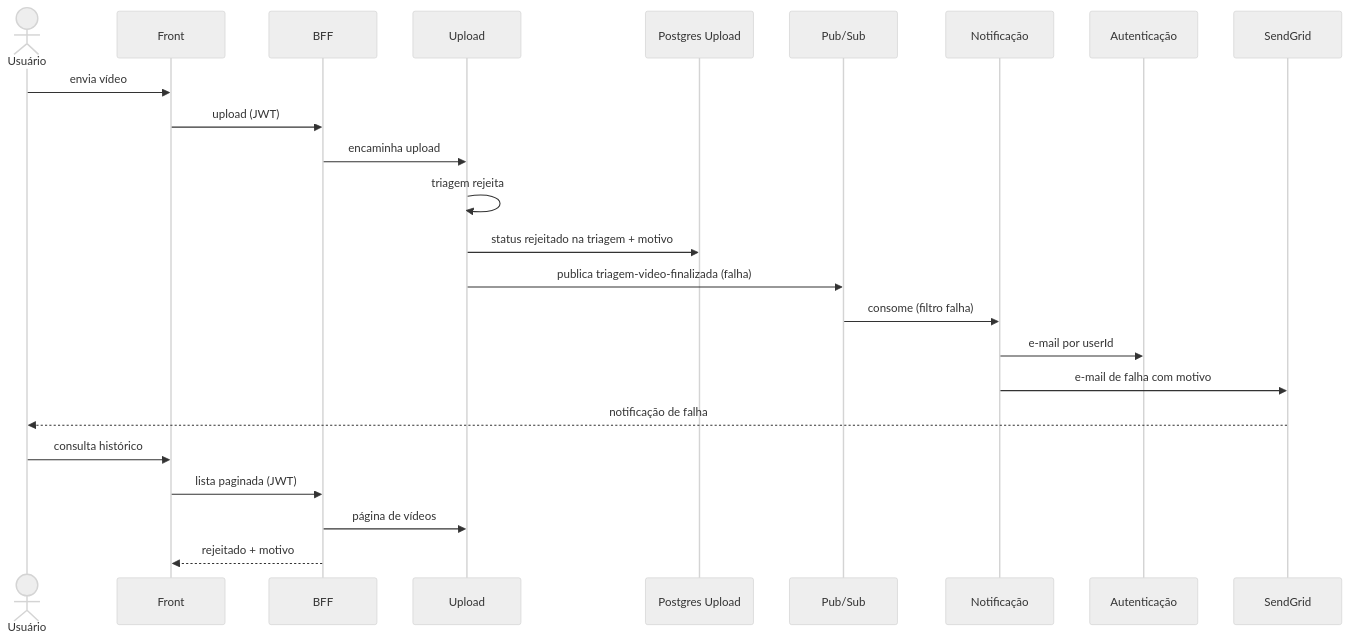
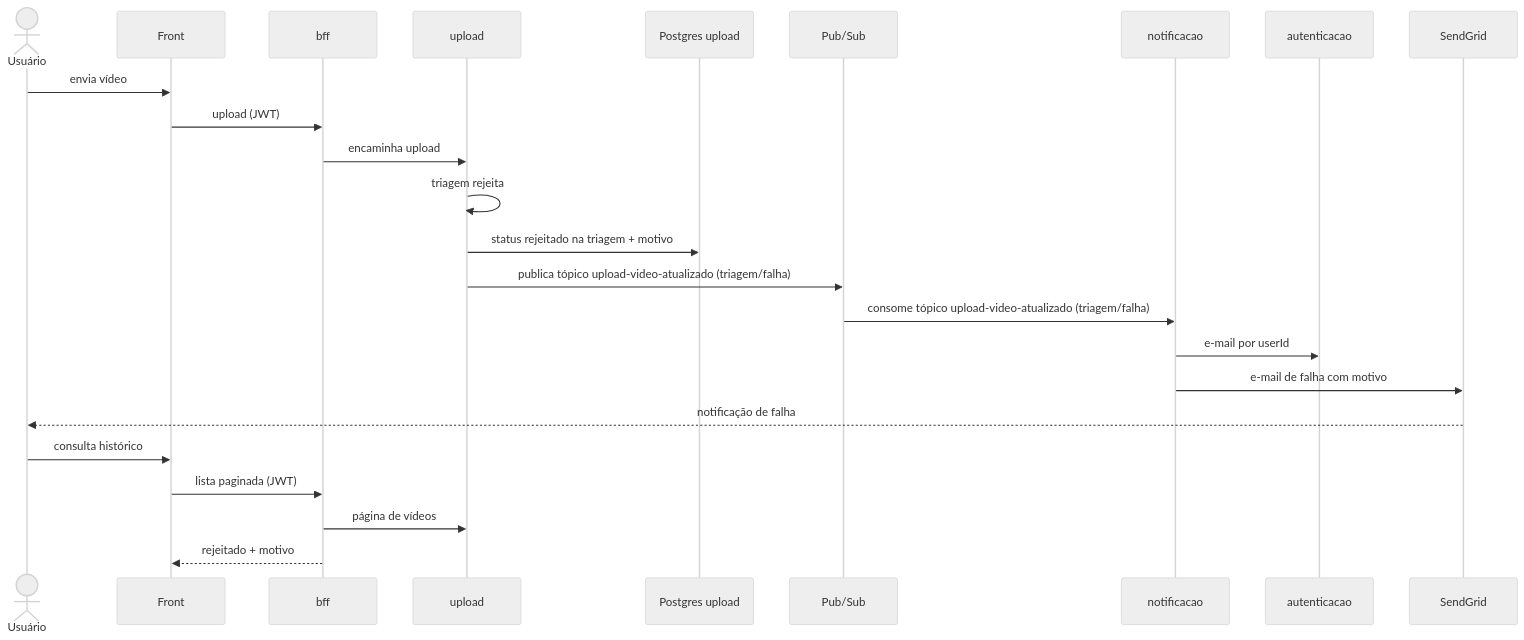
The diagram in fluxo-e-estados/03_rejeicao-na-triagem.md (fiap-x-vcosta/docs), drawn with Mermaid (neutral theme) before and after one commit. The commit also changed 41 other files, not shown here.

````diff
--- a/fluxo-e-estados/03_rejeicao-na-triagem.md
+++ b/fluxo-e-estados/03_rejeicao-na-triagem.md
@@ -1,27 +1,27 @@
 ```mermaid
 sequenceDiagram
   actor U as Usuário
   participant Web as Front
-  participant BFF as BFF
-  participant Up as Upload
-  participant PGU as Postgres Upload
+  participant Bff as bff
+  participant Up as upload
+  participant PGU as Postgres upload
   participant Bus as Pub/Sub
-  participant Notif as Notificação
-  participant Auth as Autenticação
+  participant Notif as notificacao
+  participant Auth as autenticacao
   participant SG as SendGrid
 
   U->>Web: envia vídeo
-  Web->>BFF: upload (JWT)
-  BFF->>Up: encaminha upload
+  Web->>Bff: upload (JWT)
+  Bff->>Up: encaminha upload
   Up->>Up: triagem rejeita
   Up->>PGU: status rejeitado na triagem + motivo
-  Up->>Bus: publica triagem-video-finalizada (falha)
-  Bus->>Notif: consome (filtro falha)
+  Up->>Bus: publica tópico upload-video-atualizado (triagem/falha)
+  Bus->>Notif: consome tópico upload-video-atualizado (triagem/falha)
   Notif->>Auth: e-mail por userId
   Notif->>SG: e-mail de falha com motivo
   SG-->>U: notificação de falha
   U->>Web: consulta histórico
-  Web->>BFF: lista paginada (JWT)
-  BFF->>Up: página de vídeos
-  BFF-->>Web: rejeitado + motivo
+  Web->>Bff: lista paginada (JWT)
+  Bff->>Up: página de vídeos
+  Bff-->>Web: rejeitado + motivo
 ```
````
